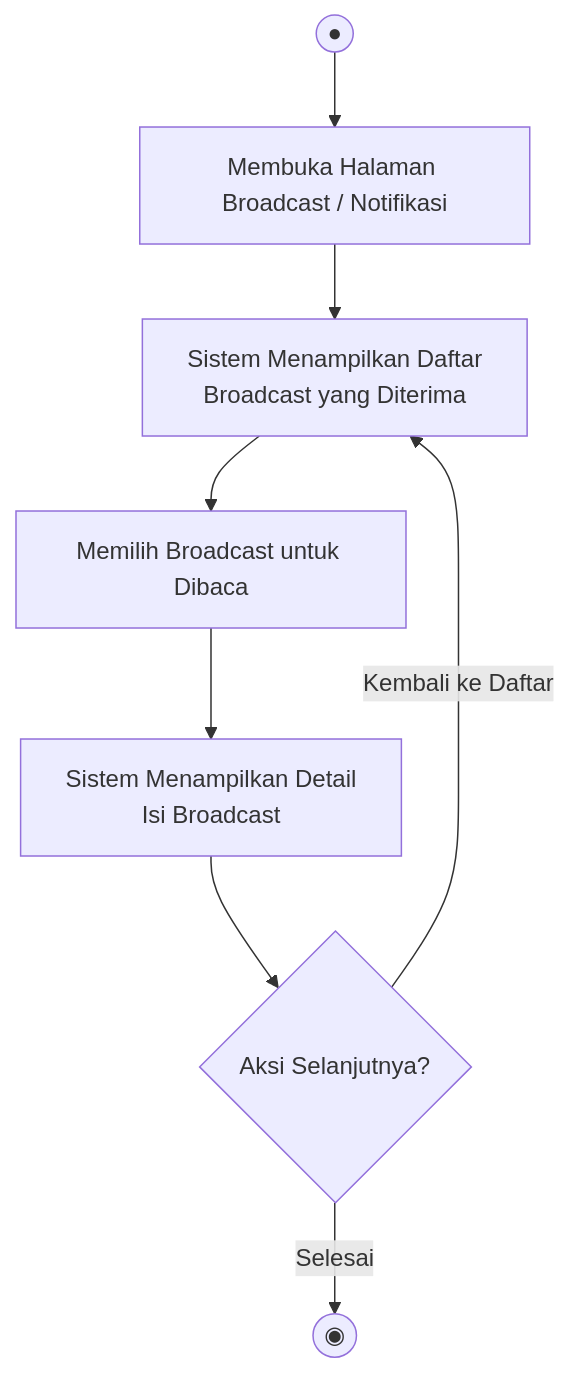
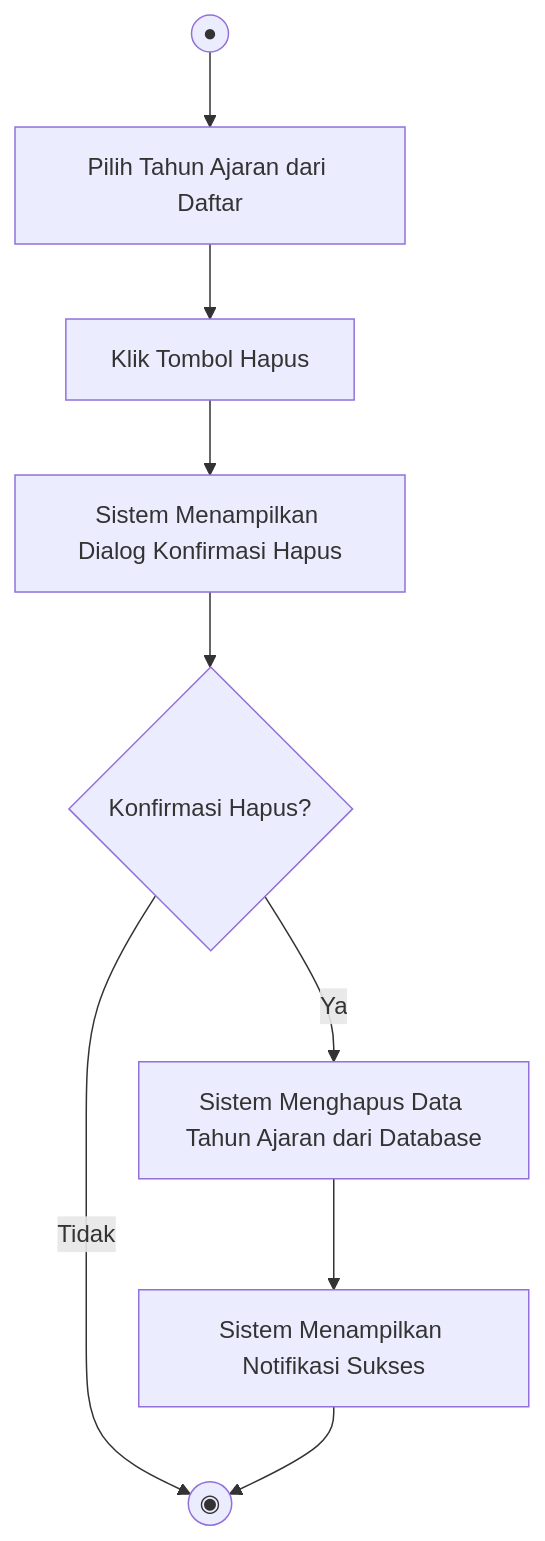
Before and after one commit to alexiusprst-tech/dashboard_verif: diagram 18 of 32 in activity_diagrams.md, drawn with Mermaid. The commit also changed other lines of this file and 6 other files, not shown here.

````diff
--- a/activity_diagrams.md
+++ b/activity_diagrams.md
@@ -586,10 +310,11 @@
 ```mermaid
 flowchart TD
-    A(("●")) --> B["Membuka Halaman Broadcast / Notifikasi"]
-    B --> C["Sistem Menampilkan Daftar\nBroadcast yang Diterima"]
-    C --> D["Memilih Broadcast untuk Dibaca"]
-    D --> E["Sistem Menampilkan Detail\nIsi Broadcast"]
-    E --> F{"Aksi Selanjutnya?"}
-    F -->|Kembali ke Daftar| C
-    F -->|Selesai| G(("◉"))
+    Start(("●")) --> SelectTA["Pilih Tahun Ajaran dari Daftar"]
+    SelectTA --> ClickDelete["Klik Tombol Hapus"]
+    ClickDelete --> ShowConfirm["Sistem Menampilkan Dialog Konfirmasi Hapus"]
+    ShowConfirm --> Confirm{"Konfirmasi Hapus?"}
+    Confirm -->|Ya| DeleteDB["Sistem Menghapus Data Tahun Ajaran dari Database"]
+    DeleteDB --> ShowSuccess["Sistem Menampilkan Notifikasi Sukses"]
+    Confirm -->|Tidak| End(("◉"))
+    ShowSuccess --> End
 ```
````
